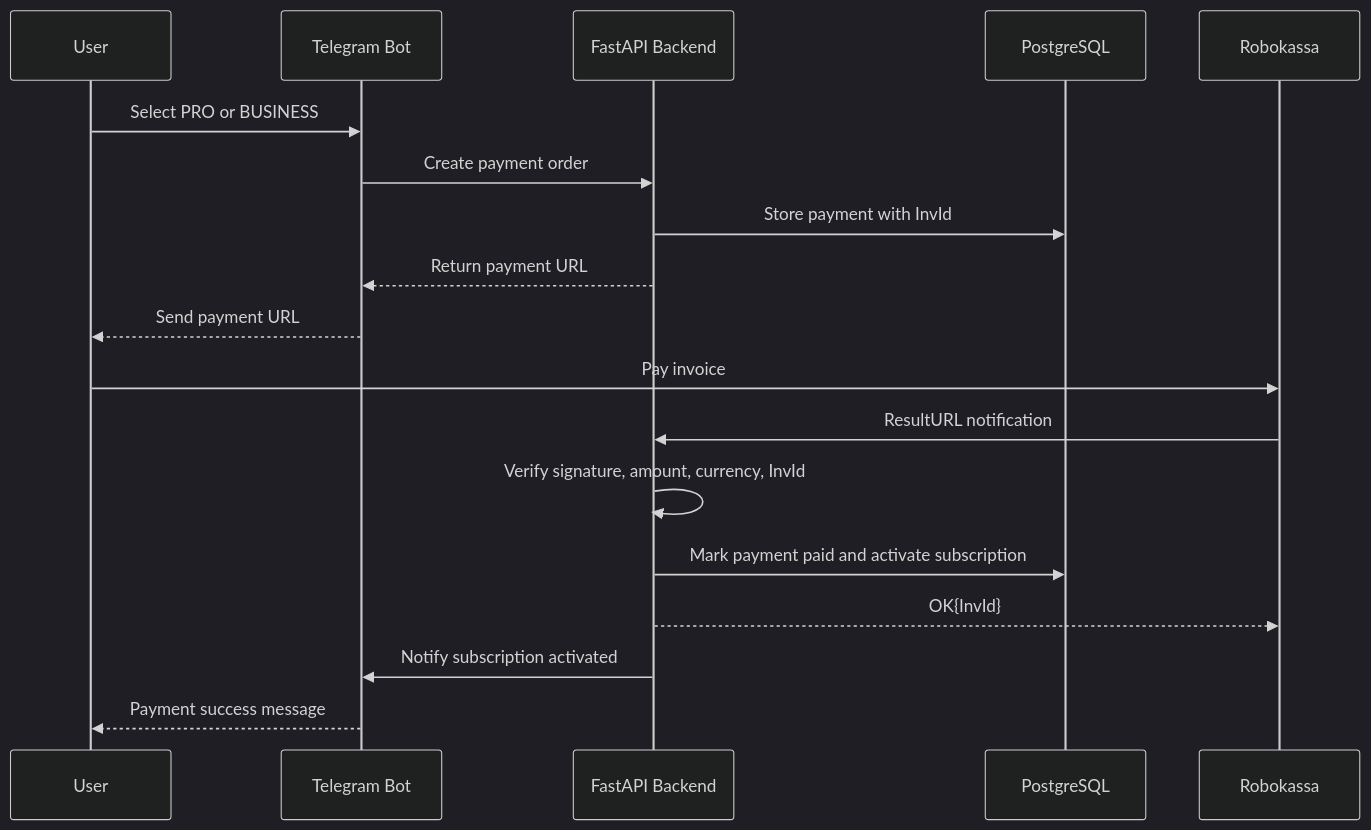
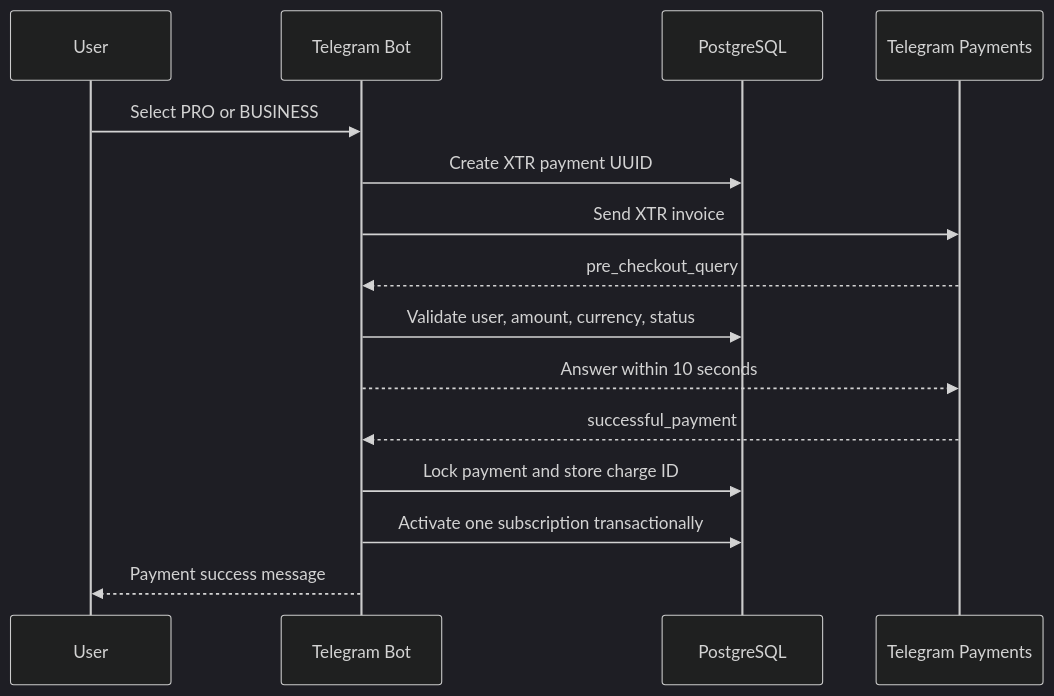
One commit to kredavto/Tik-Tok-bot-Rus-2 changed the second of 2 diagrams in docs/sequence-flows.md. Above: the diagram before and after it, drawn with Mermaid (dark theme). The commit also changed other lines of this file and 40 other files, not shown here.

Commit message:
Add Telegram Stars payment flow and SBP policy

````diff
--- a/docs/sequence-flows.md
+++ b/docs/sequence-flows.md
@@ -44,21 +44,18 @@
 ```mermaid
 sequenceDiagram
     participant User
     participant Bot as Telegram Bot
-    participant API as FastAPI Backend
     participant DB as PostgreSQL
-    participant Robo as Robokassa
+    participant TG as Telegram Payments
 
     User->>Bot: Select PRO or BUSINESS
-    Bot->>API: Create payment order
-    API->>DB: Store payment with InvId
-    API-->>Bot: Return payment URL
-    Bot-->>User: Send payment URL
-    User->>Robo: Pay invoice
-    Robo->>API: ResultURL notification
-    API->>API: Verify signature, amount, currency, InvId
-    API->>DB: Mark payment paid and activate subscription
-    API-->>Robo: OK{InvId}
-    API->>Bot: Notify subscription activated
+    Bot->>DB: Create XTR payment UUID
+    Bot->>TG: Send XTR invoice
+    TG-->>Bot: pre_checkout_query
+    Bot->>DB: Validate user, amount, currency, status
+    Bot-->>TG: Answer within 10 seconds
+    TG-->>Bot: successful_payment
+    Bot->>DB: Lock payment and store charge ID
+    Bot->>DB: Activate one subscription transactionally
     Bot-->>User: Payment success message
 ```
````
